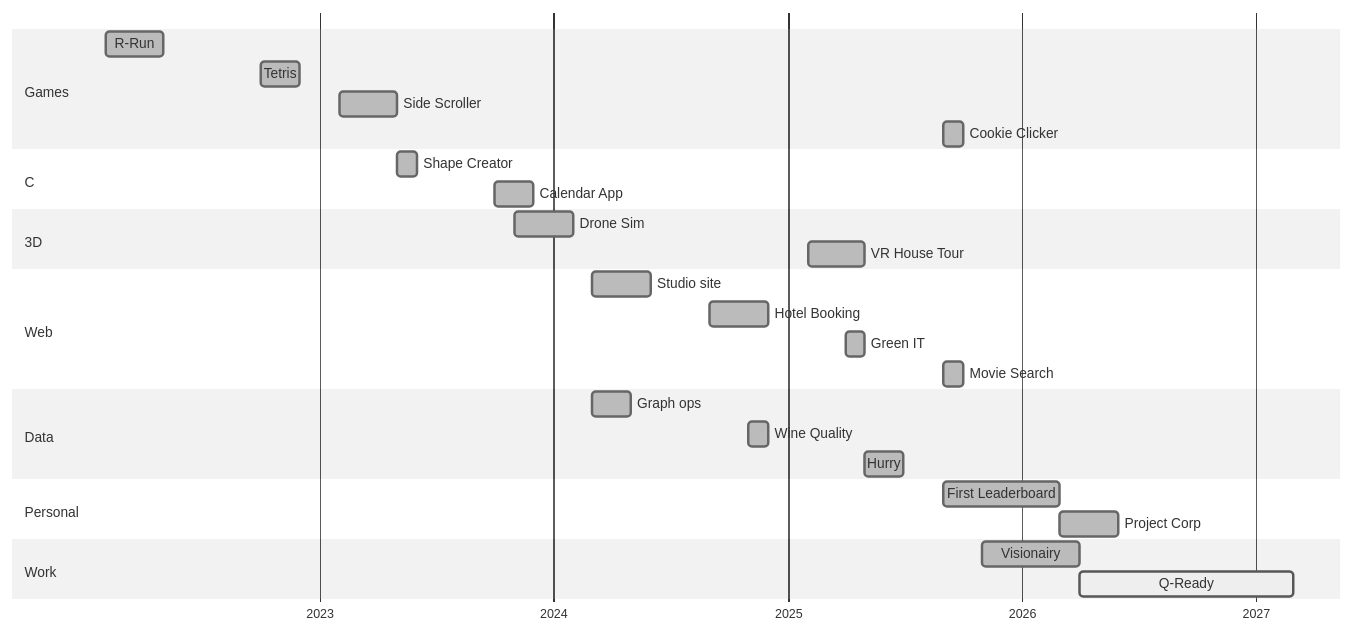
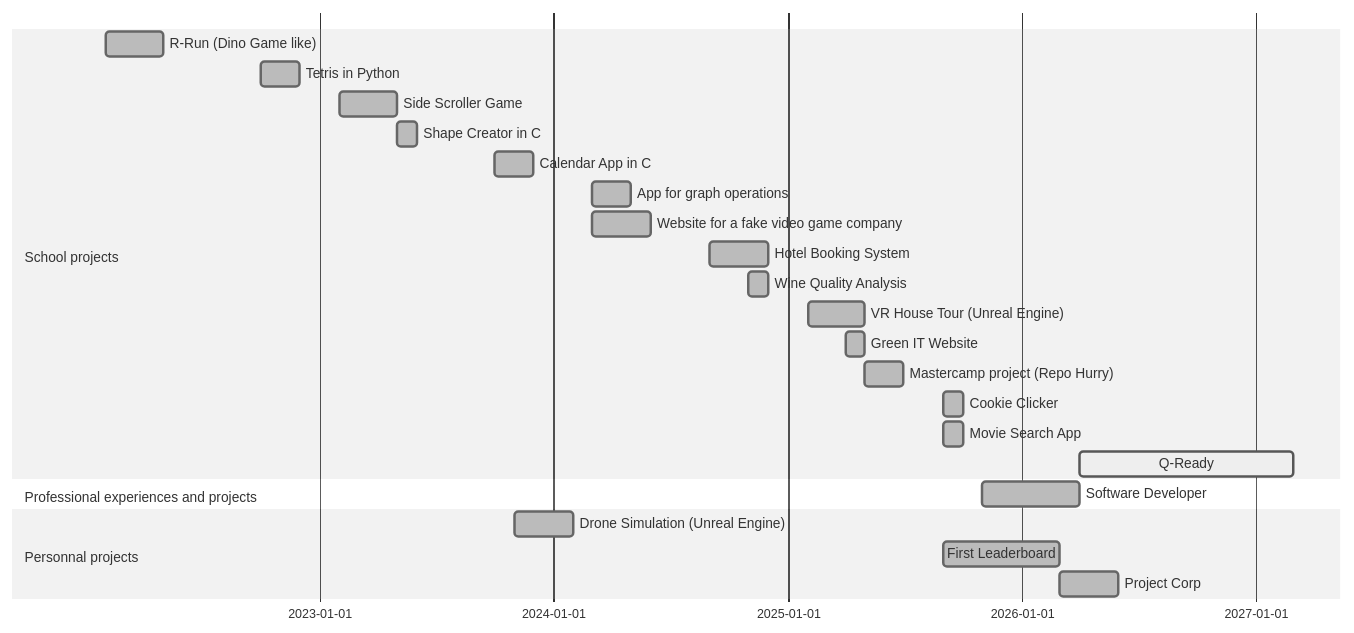
Before and after one commit to Rowuni/Rowuni: the diagram in Readme.md, drawn with Mermaid (neutral theme). The commit also changed other lines of this file, not shown here.

Commit message:
feat: gantt diagram reverted and better alignment for the tech stack

````diff
--- a/Readme.md
+++ b/Readme.md
@@ -151,32 +156,26 @@
 ```mermaid
 gantt
     dateFormat  YYYY-MM
-    axisFormat  %Y
-    tickInterval 1year
-    section Games
-    R-Run           :done, 2022-02, 2022-05
-    Tetris          :done, 2022-10, 2022-12
-    Side Scroller   :done, 2023-02, 2023-05
-    Cookie Clicker  :done, 2025-09, 2025-10
-    section C
-    Shape Creator   :done, 2023-05, 2023-06
-    Calendar App    :done, 2023-10, 2023-12
-    section 3D
-    Drone Sim       :done, 2023-11, 2024-02
-    VR House Tour   :done, 2025-02, 2025-05
-    section Web
-    Studio site     :done, 2024-03, 2024-06
-    Hotel Booking   :done, 2024-09, 2024-12
-    Green IT        :done, 2025-04, 2025-05
-    Movie Search    :done, 2025-09, 2025-10
-    section Data
-    Graph ops       :done, 2024-03, 2024-05
-    Wine Quality    :done, 2024-11, 2024-12
-    Hurry           :done, 2025-05, 2025-07
-    section Personal
-    First Leaderboard :done, 2025-09, 2026-03
-    Project Corp    :done, 2026-03, 2026-06
-    section Work
-    Visionairy      :done, 2025-11, 2026-04
-    Q-Ready         :active, 2026-04, 2027-03
+    section School projects
+    R-Run (Dino Game like)       :done, 2022-02, 2022-05
+    Tetris in Python       :done, 2022-10, 2022-12
+    Side Scroller Game       :done, 2023-02, 2023-05
+    Shape Creator in C       :done, 2023-05, 2023-06
+    Calendar App in C      :done, 2023-10, 2023-12
+    App for graph operations       :done, 2024-03, 2024-05
+    Website for a fake video game company       :done, 2024-03, 2024-06
+    Hotel Booking System       :done, 2024-09, 2024-12
+    Wine Quality Analysis       :done, 2024-11, 2024-12
+    VR House Tour (Unreal Engine)       :done, 2025-02, 2025-05
+    Green IT Website       :done, 2025-04, 2025-05
+    Mastercamp project (Repo Hurry)       :done, 2025-05, 2025-07
+    Cookie Clicker         :done, 2025-09, 2025-10
+    Movie Search App       :done, 2025-09, 2025-10
+    Q-Ready        :active, 2026-04, 2027-03
+    section Professional experiences and projects
+    Software Developer           :done, 2025-11, 2026-04
+    section Personnal projects
+    Drone Simulation (Unreal Engine)       :done, 2023-11, 2024-02
+    First Leaderboard       :done, 2025-09, 2026-03
+    Project Corp       :done, 2026-03, 2026-06
 ```
````
